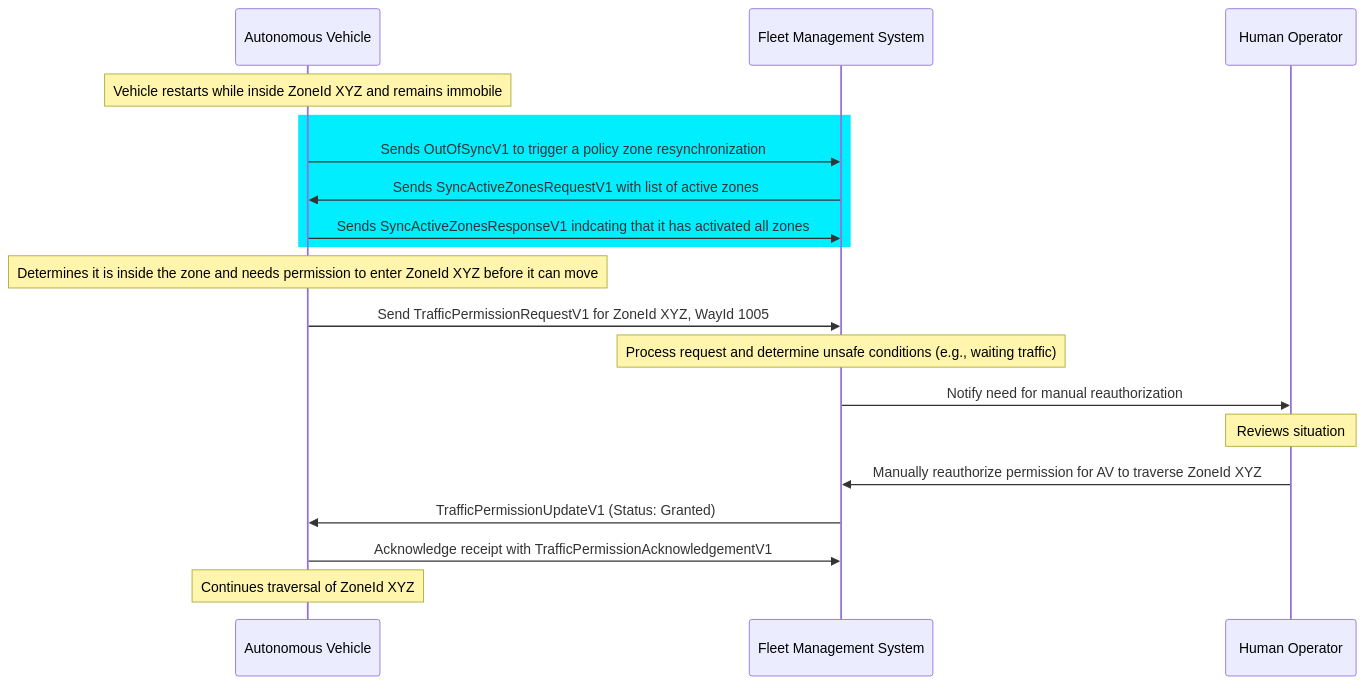
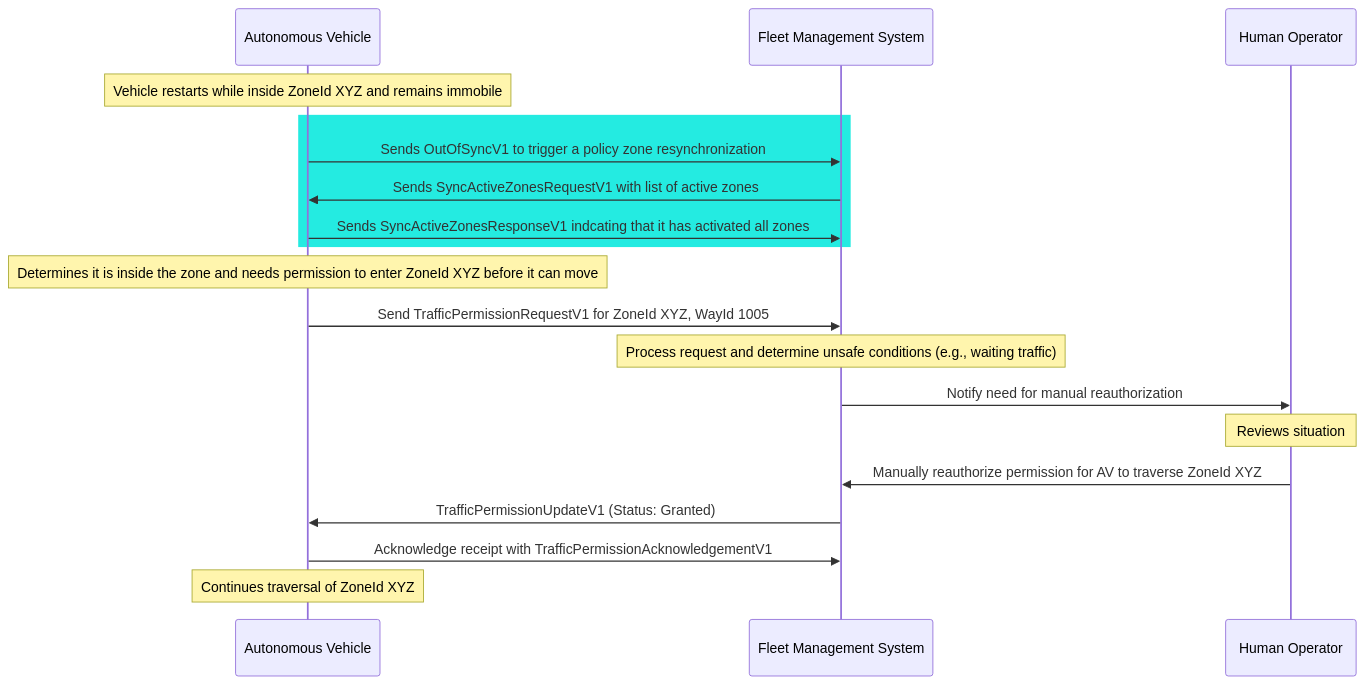
Before and after one commit to open-autonomy/traffic-management: the sixth of 6 diagrams in diagram/RequestingPermission.md, drawn with Mermaid. The commit also changed other lines of this file, not shown here.

````diff
--- a/diagram/RequestingPermission.md
+++ b/diagram/RequestingPermission.md
@@ -115,21 +117,21 @@
 ```mermaid
 sequenceDiagram
 	participant AV as Autonomous Vehicle
 	participant FMS as Fleet Management System
 	participant Human as Human Operator
 	Note over AV: Vehicle restarts while inside ZoneId XYZ and remains immobile
-	rect rgba(0, 238, 255, 1)
+	rect rgba(36, 235, 225, 1)
 		AV->>FMS: Sends OutOfSyncV1 to trigger a policy zone resynchronization
 		FMS->>AV: Sends SyncActiveZonesRequestV1 with list of active zones
 		AV->>FMS: Sends SyncActiveZonesResponseV1 indcating that it has activated all zones
 	end
 	Note over AV: Determines it is inside the zone and needs permission to enter ZoneId XYZ before it can move
 	AV->>FMS: Send TrafficPermissionRequestV1 for ZoneId XYZ, WayId 1005
 	Note over FMS: Process request and determine unsafe conditions (e.g., waiting traffic)
 	FMS->>Human: Notify need for manual reauthorization
 	Note over Human: Reviews situation
 	Human->>FMS: Manually reauthorize permission for AV to traverse ZoneId XYZ
 	FMS->>AV: TrafficPermissionUpdateV1 (Status: Granted)
 	AV->>FMS: Acknowledge receipt with TrafficPermissionAcknowledgementV1
 	Note over AV: Continues traversal of ZoneId XYZ
 ```
````
